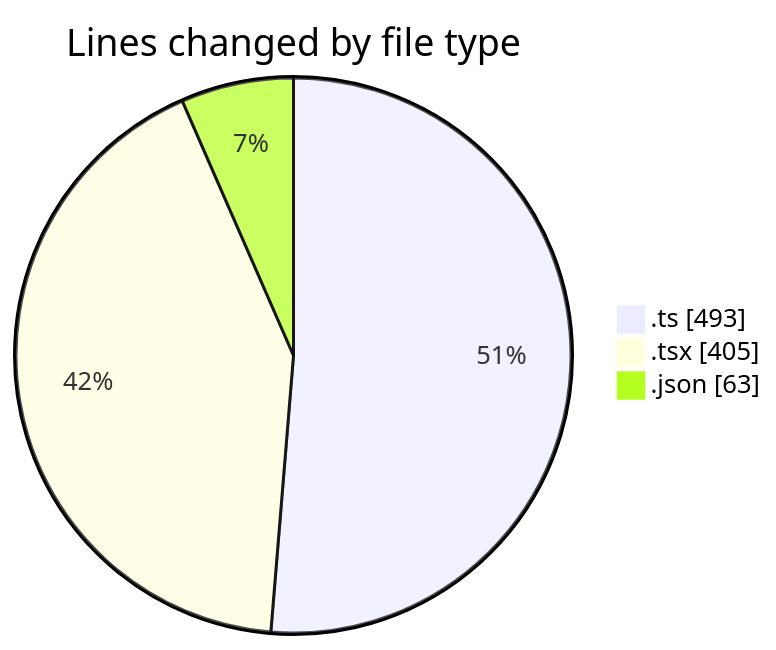
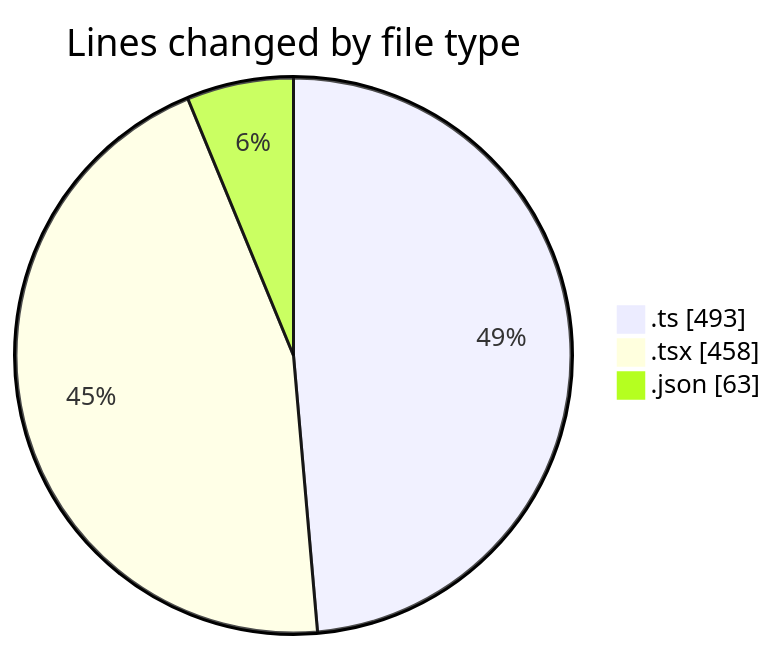
One commit to julien-gomy/code-tracking changed the first of 2 diagrams in 2025-11-24/eventscop-frontend-guide__workspace_/README.md. Above: the diagram before and after it, drawn with Mermaid. The commit also changed other lines of this file and 1 other file, not shown here.

````diff
--- a/2025-11-24/eventscop-frontend-guide__workspace_/README.md
+++ b/2025-11-24/eventscop-frontend-guide__workspace_/README.md
@@ -33,7 +34,7 @@
 ```mermaid
 pie showData
 title Lines changed by file type
 ".ts" : 493
-".tsx" : 405
+".tsx" : 458
 ".json" : 63
 ```
````
